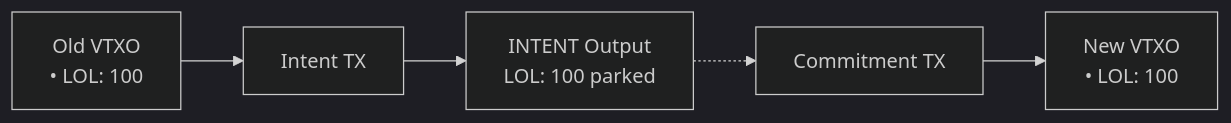
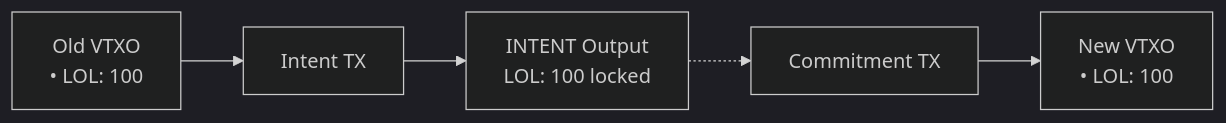
One commit to ArkLabsHQ/arkade-assets changed the diagram in arkade-assets.md. Above: the diagram before and after it, drawn with Mermaid (dark theme). The commit also changed other lines of this file and 3 other files, not shown here.

````diff
--- a/arkade-assets.md
+++ b/arkade-assets.md
@@ -330,7 +330,7 @@
 ```mermaid
 graph LR
     A[Old VTXO<br/>• LOL: 100] --> B[Intent TX]
-    B --> C[INTENT Output<br/>LOL: 100 parked]
+    B --> C[INTENT Output<br/>LOL: 100 locked]
     D[Commitment TX] --> E[New VTXO<br/>• LOL: 100]
     C -.-> D
 ```
````
